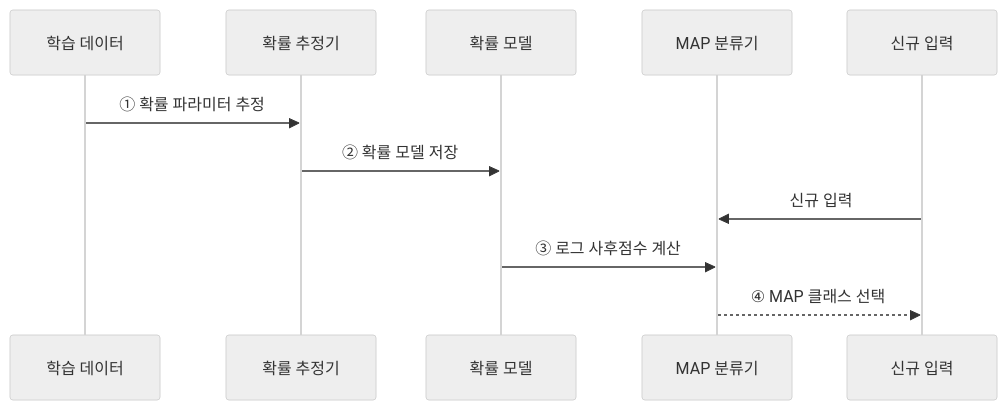
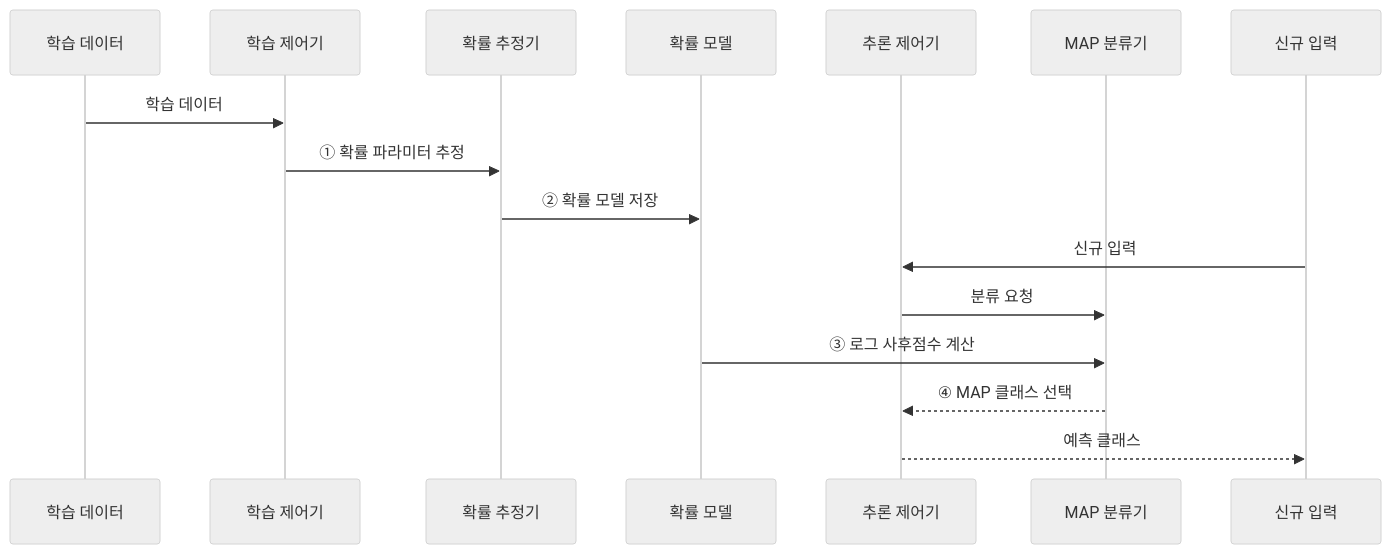
One commit to agnusdei1207/knowledge-base changed the second of 2 diagrams in src/content/docs/notes/01-basic-theory/051_naive_bayes.md. Above: the diagram before and after it, drawn with Mermaid (neutral theme). The commit also changed other lines of this file and 10 other files, not shown here.

````diff
--- a/src/content/docs/notes/01-basic-theory/051_naive_bayes.md
+++ b/src/content/docs/notes/01-basic-theory/051_naive_bayes.md
@@ -90,13 +71,18 @@
 ```mermaid
 sequenceDiagram
     participant D as 학습 데이터
+    participant T as 학습 제어기
     participant E as 확률 추정기
     participant M as 확률 모델
+    participant I as 추론 제어기
     participant C as MAP 분류기
     participant X as 신규 입력
-    D->>E: ① 확률 파라미터 추정
+    D->>T: 학습 데이터
+    T->>E: ① 확률 파라미터 추정
     E->>M: ② 확률 모델 저장
-    X->>C: 신규 입력
+    X->>I: 신규 입력
+    I->>C: 분류 요청
     M->>C: ③ 로그 사후점수 계산
-    C-->>X: ④ MAP 클래스 선택
+    C-->>I: ④ MAP 클래스 선택
+    I-->>X: 예측 클래스
 ```
````
